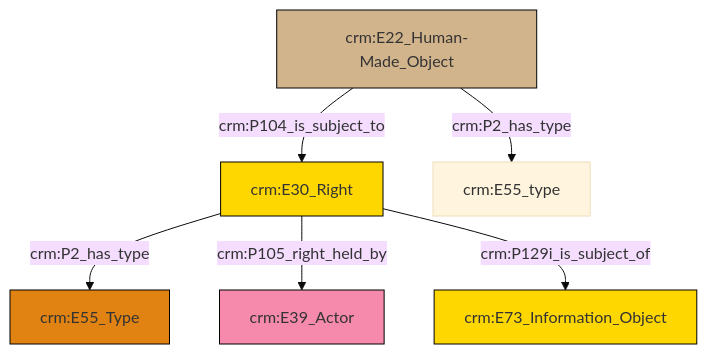
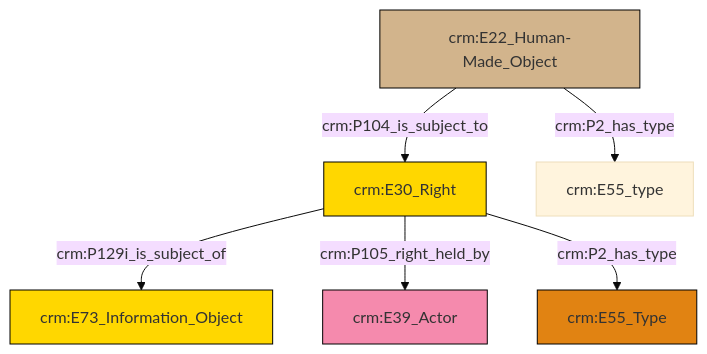
The diagram in et/builtWorkCSV/ttl/mmd/Built_Work_rights.ttl.mmd (swiss-art-research-net/docs.swissartresearch), drawn with Mermaid (base theme) before and after one commit. The commit also changed 175 other files, not shown here.

```diff
--- a/et/builtWorkCSV/ttl/mmd/Built_Work_rights.ttl.mmd
+++ b/et/builtWorkCSV/ttl/mmd/Built_Work_rights.ttl.mmd
@@ -1,20 +1,20 @@
 graph TD
 classDef Literal fill:#f2f2f2,stroke:#000000;
 classDef CRM_Entity fill:#FFFFFF,stroke:#000000;
 classDef Temporal_Entity fill:#00C9E6, stroke:#000000;
 classDef Type fill:#E18312, stroke:#000000;
 classDef Time-Span fill:#2C9C91, stroke:#000000;
 classDef Appellation fill:#FFEB7F, stroke:#000000;
 classDef Place fill:#008836, stroke:#000000;
 classDef Persistent_Item fill:#B266B2, stroke:#000000;
 classDef Conceptual_Object fill:#FFD700, stroke:#000000;
 classDef Physical_Thing fill:#D2B48C, stroke:#000000;
 classDef Actor fill:#f58aad, stroke:#000000;
 classDef PC_Classes fill:#4ce600, stroke:#000000;
 classDef Multi fill:#cccccc,stroke:#000000;
 
-4["crm:E30_Right"]:::Conceptual_Object -->|crm:P2_has_type| 5["crm:E55_Type"]:::Type
-6["crm:E22_Human-Made_Object"]:::Physical_Thing -->|crm:P104_is_subject_to| 4["crm:E30_Right"]:::Conceptual_Object
-4["crm:E30_Right"]:::Conceptual_Object -->|crm:P105_right_held_by| 2["crm:E39_Actor"]:::Actor
-4["crm:E30_Right"]:::Conceptual_Object -->|crm:P129i_is_subject_of| 0["crm:E73_Information_Object"]:::Conceptual_Object
-6["crm:E22_Human-Made_Object"]:::Physical_Thing -->|crm:P2_has_type| 9["crm:E55_type"]:::Default
+2["crm:E30_Right"]:::Conceptual_Object -->|crm:P129i_is_subject_of| 3["crm:E73_Information_Object"]:::Conceptual_Object
+6["crm:E22_Human-Made_Object"]:::Physical_Thing -->|crm:P2_has_type| 4["crm:E55_type"]:::Default
+2["crm:E30_Right"]:::Conceptual_Object -->|crm:P105_right_held_by| 8["crm:E39_Actor"]:::Actor
+2["crm:E30_Right"]:::Conceptual_Object -->|crm:P2_has_type| 0["crm:E55_Type"]:::Type
+6["crm:E22_Human-Made_Object"]:::Physical_Thing -->|crm:P104_is_subject_to| 2["crm:E30_Right"]:::Conceptual_Object
```
